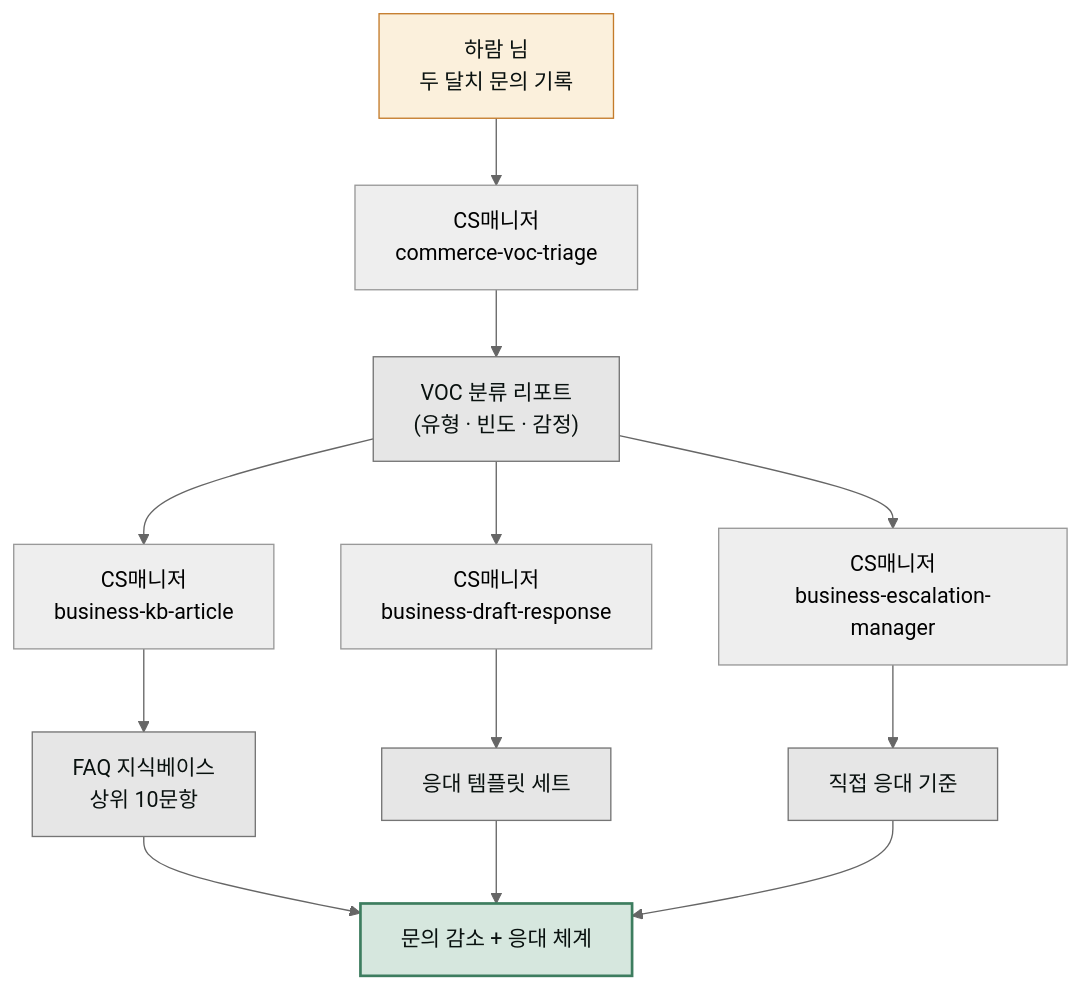
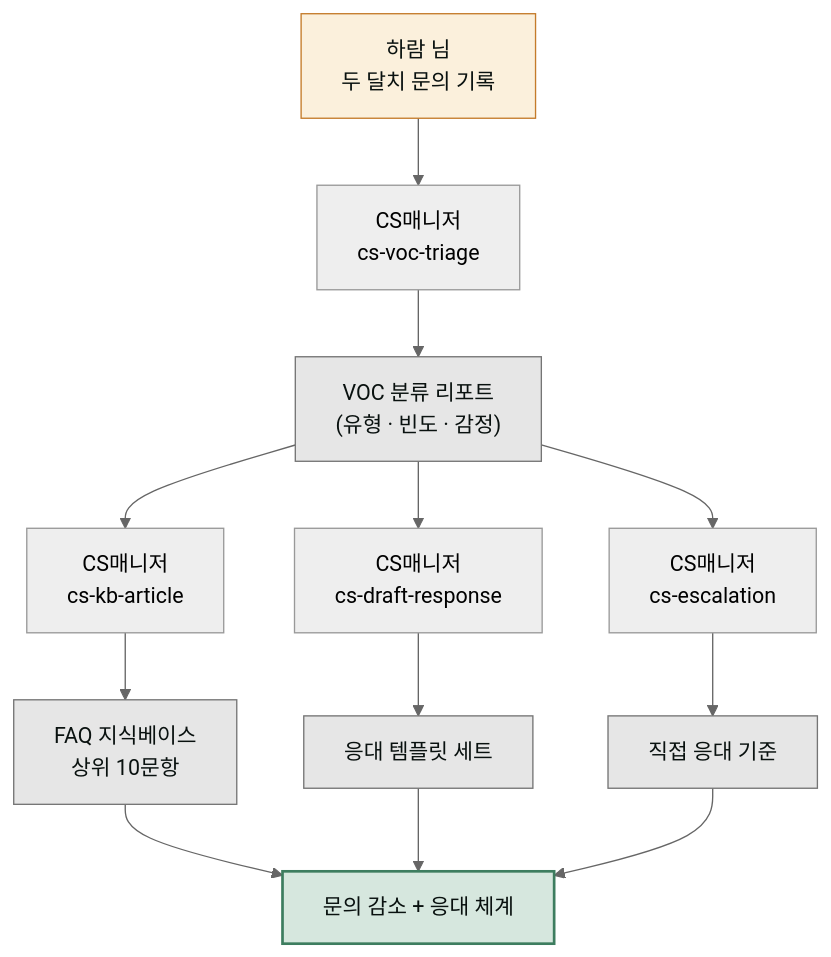
One commit to modu-ai/cowork-plugins changed the diagram in www/content/cookbook/projects/voc-to-faq.md. Above: the diagram before and after it, drawn with Mermaid (neutral theme). The commit also changed other lines of this file and 278 other files, not shown here.

````diff
--- a/www/content/cookbook/projects/voc-to-faq.md
+++ b/www/content/cookbook/projects/voc-to-faq.md
@@ -46,21 +46,21 @@
 ```mermaid
 flowchart TD
-   U["하람 님<br/>두 달치 문의 기록"] --> C1["CS매니저<br/>commerce-voc-triage"]
+   U["하람 님<br/>두 달치 문의 기록"] --> C1["CS매니저<br/>cs-voc-triage"]
    C1 --> R1["VOC 분류 리포트<br/>(유형 · 빈도 · 감정)"]
-   R1 --> C2["CS매니저<br/>business-kb-article"]
+   R1 --> C2["CS매니저<br/>cs-kb-article"]
    C2 --> R2["FAQ 지식베이스<br/>상위 10문항"]
-   R1 --> C3["CS매니저<br/>business-draft-response"]
+   R1 --> C3["CS매니저<br/>cs-draft-response"]
    C3 --> R3["응대 템플릿 세트"]
-   R1 --> C4["CS매니저<br/>business-escalation-manager"]
+   R1 --> C4["CS매니저<br/>cs-escalation"]
    C4 --> R4["직접 응대 기준"]
    R2 --> OUT["문의 감소 + 응대 체계"]
    R3 --> OUT
    R4 --> OUT
 
    style U fill:#fbf0dc,stroke:#c47b2a,color:#09110f
    style R1 fill:#e6e6e6,stroke:#757575,color:#09110f
    style R2 fill:#e6e6e6,stroke:#757575,color:#09110f
    style R3 fill:#e6e6e6,stroke:#757575,color:#09110f
    style R4 fill:#e6e6e6,stroke:#757575,color:#09110f
    style OUT fill:#d6e7de,stroke:#3d7d5f,stroke-width:2px,color:#09110f
 ```
````
